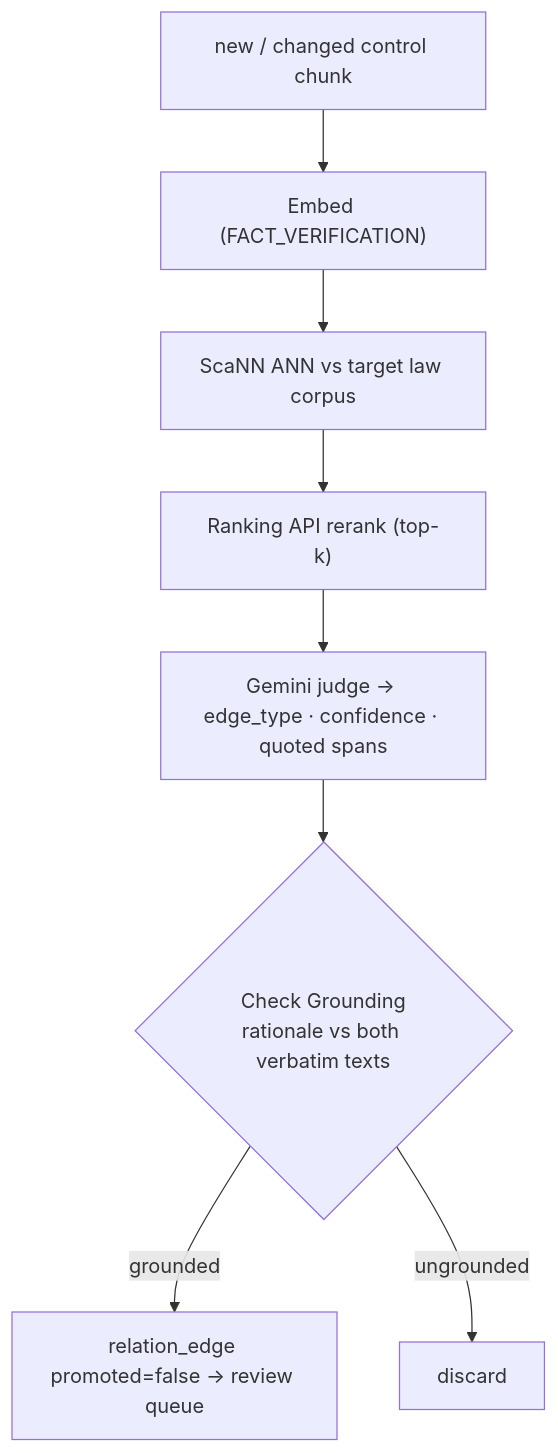
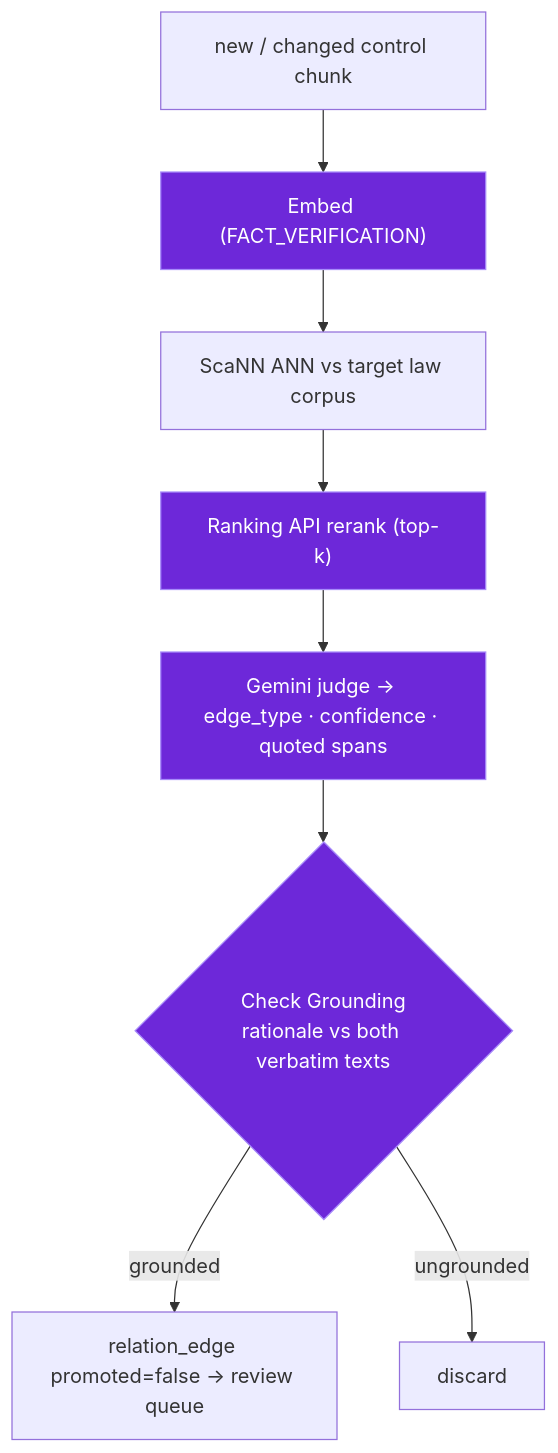
Before and after one commit to dannyota/mise: the second of 2 diagrams in docs/design/DATA-MODEL.md, drawn with Mermaid. The commit also changed other lines of this file and 10 other files, not shown here.

First line of the commit message:
fix(docs): M7 design review — terminology, decisions, diagrams, schemas

````diff
--- a/docs/design/DATA-MODEL.md
+++ b/docs/design/DATA-MODEL.md
@@ -253,10 +253,13 @@
 ```mermaid
 flowchart TD
     chunk["new / changed control chunk"] --> emb["Embed (FACT_VERIFICATION)"]
     emb --> ann["ScaNN ANN vs target law corpus"]
     ann --> rr["Ranking API rerank (top-k)"]
     rr --> judge["Gemini judge → edge_type · confidence · quoted spans"]
     judge --> cg{"Check Grounding<br/>rationale vs both verbatim texts"}
     cg -->|grounded| edge["relation_edge promoted=false → review queue"]
     cg -->|ungrounded| drop["discard"]
+
+    classDef ai fill:#6d28d9,stroke:#a78bfa,color:#fff
+    class emb,rr,judge,cg ai
 ```
````
